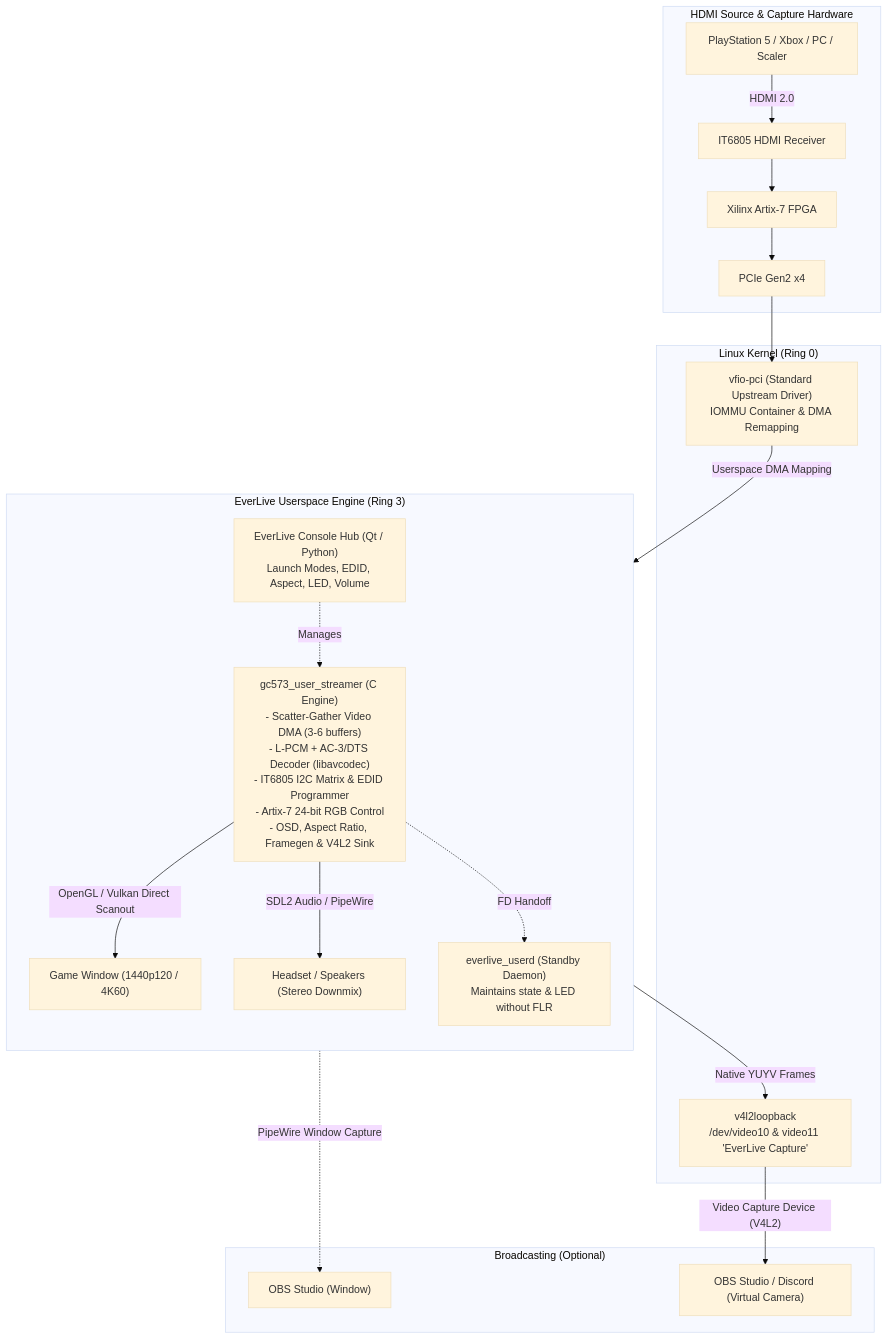
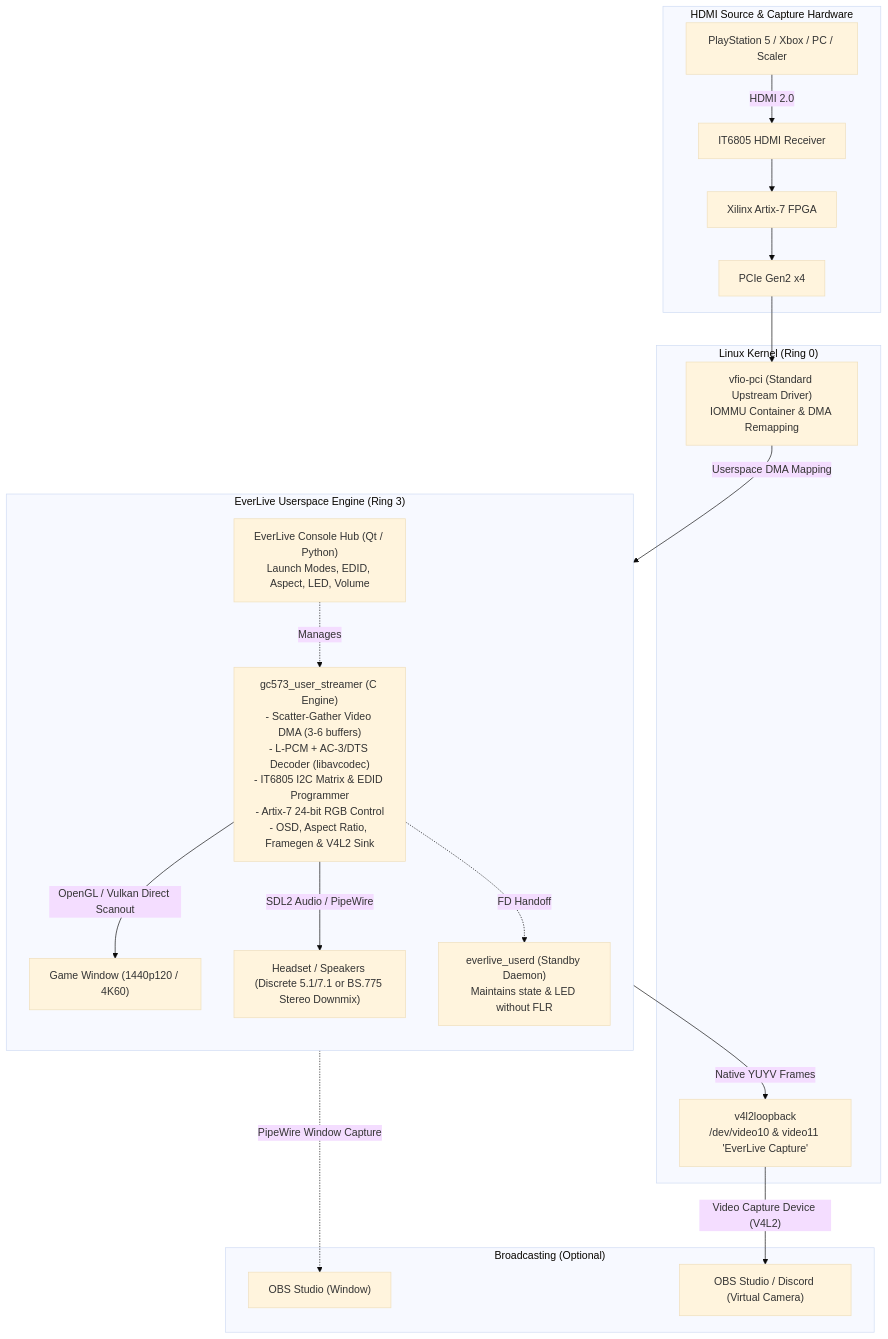
One commit to Everlite/EverLive changed the diagram in README.md. Above: the diagram before and after it, drawn with Mermaid (base theme). The commit also changed other lines of this file and 1 other file, not shown here.

First line of the commit message:
docs: document 5.1/7.1 multichannel passthrough and ITU-R BS.775 downmix

````diff
--- a/README.md
+++ b/README.md
@@ -295,31 +295,31 @@
 ```mermaid
 flowchart TD
   subgraph Hardware["HDMI Source & Capture Hardware"]
     source["PlayStation 5 / Xbox / PC / Scaler"] -->|HDMI 2.0| it6805["IT6805 HDMI Receiver"]
     it6805 --> fpga["Xilinx Artix-7 FPGA"]
     fpga --> pcie["PCIe Gen2 x4"]
   end
 
   subgraph Kernel["Linux Kernel (Ring 0)"]
     vfio["vfio-pci (Standard Upstream Driver)<br/>IOMMU Container & DMA Remapping"]
     v4l2dev["v4l2loopback<br/>/dev/video10 & video11 'EverLive Capture'"]
     pcie --> vfio
   end
 
   subgraph Userspace["EverLive Userspace Engine (Ring 3)"]
     direction TB
     vfio -->|"Userspace DMA Mapping"| streamer["gc573_user_streamer (C Engine)<br/>- Scatter-Gather Video DMA (3-6 buffers)<br/>- L-PCM + AC-3/DTS Decoder (libavcodec)<br/>- IT6805 I2C Matrix & EDID Programmer<br/>- Artix-7 24-bit RGB Control<br/>- OSD, Aspect Ratio, Framegen & V4L2 Sink"]
     
     streamer -->|"OpenGL / Vulkan Direct Scanout"| window["Game Window (1440p120 / 4K60)"]
     streamer -->|"Native YUYV Frames"| v4l2dev
-    streamer -->|"SDL2 Audio / PipeWire"| audio["Headset / Speakers (Stereo Downmix)"]
+    streamer -->|"SDL2 Audio / PipeWire"| audio["Headset / Speakers (Discrete 5.1/7.1 or BS.775 Stereo Downmix)"]
 
     gui["EverLive Console Hub (Qt / Python)<br/>Launch Modes, EDID, Aspect, LED, Volume"] -.->|Manages| streamer
     streamer -.->|"FD Handoff"| daemon["everlive_userd (Standby Daemon)<br/>Maintains state & LED without FLR"]
   end
 
   subgraph OBS["Broadcasting (Optional)"]
     window -.->|"PipeWire Window Capture"| obspw["OBS Studio (Window)"]
     v4l2dev -->|"Video Capture Device (V4L2)"| obsv4l2["OBS Studio / Discord (Virtual Camera)"]
   end
 ```
````
